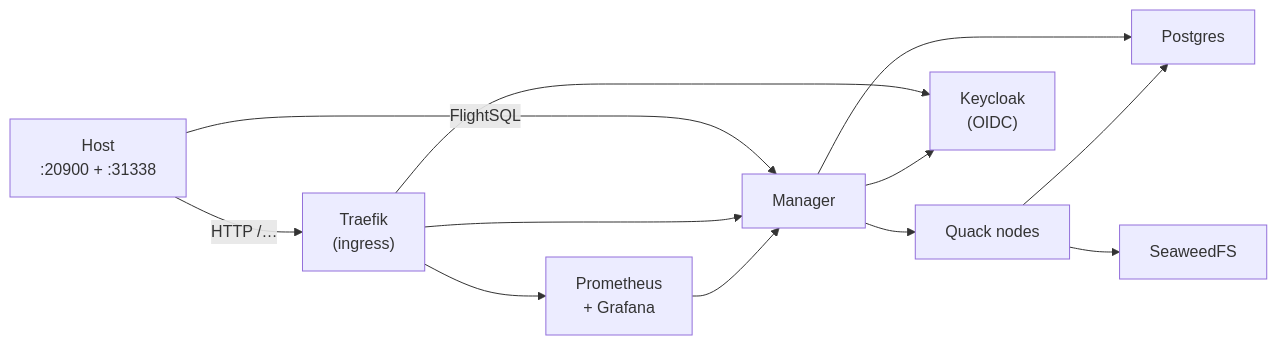
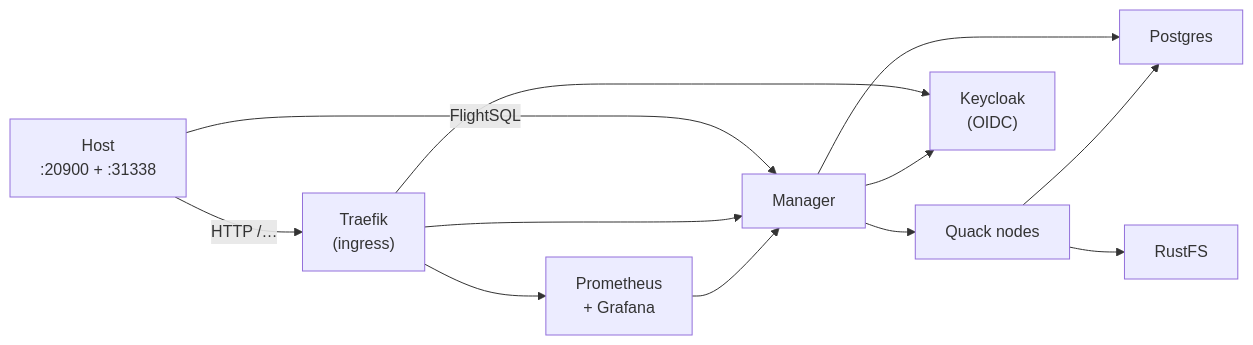
Before and after one commit to starlake-ai/quack-on-demand: the first of 2 diagrams in charts/quack-on-demand/local-stack-k8s/README.md, drawn with Mermaid. The commit also changed other lines of this file and 8 other files, not shown here.

First line of the commit message:
feat(local-stack): replace SeaweedFS with RustFS

````diff
--- a/charts/quack-on-demand/local-stack-k8s/README.md
+++ b/charts/quack-on-demand/local-stack-k8s/README.md
@@ -45,23 +45,23 @@
 ```mermaid
 flowchart LR
     host["Host<br/>:20900 + :31338"]
     traefik["Traefik<br/>(ingress)"]
     manager["Manager"]
     nodes["Quack nodes"]
     pg["Postgres"]
-    sw["SeaweedFS"]
+    sw["RustFS"]
     obs["Prometheus<br/>+ Grafana"]
     kc["Keycloak<br/>(OIDC)"]
 
     host    -- "HTTP /…"     --> traefik
     host    -- "FlightSQL"    --> manager
     traefik --> manager
     traefik --> obs
     traefik --> kc
     manager --> nodes
     manager --> pg
     nodes   --> pg
     nodes   --> sw
     obs     --> manager
     manager --> kc
 ```
````
